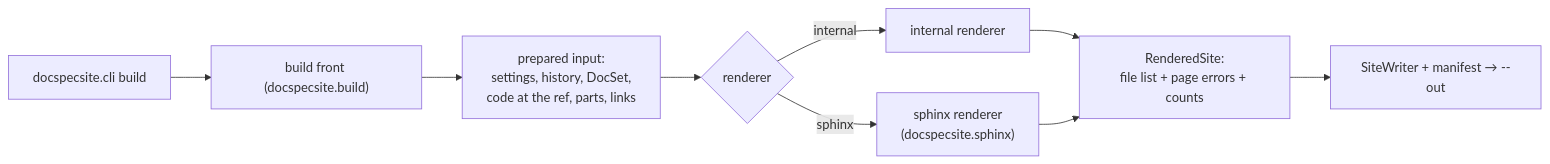
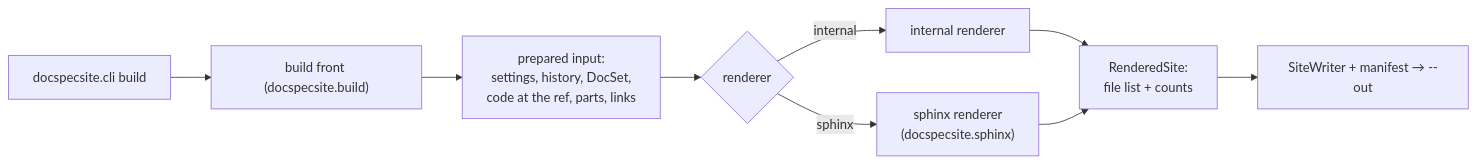
Before and after one commit to imposeren/docspecsite: the diagram in docs/architecture/site.md, drawn with Mermaid. The commit also changed other lines of this file and 17 other files, not shown here.

````diff
--- a/docs/architecture/site.md
+++ b/docs/architecture/site.md
@@ -37,11 +37,11 @@
 ```mermaid
 flowchart LR
   cli["docspecsite.cli build"] --> front["build front (docspecsite.build)"]
   front --> input["prepared input:<br/>settings, history, DocSet,<br/>code at the ref, parts, links"]
   input --> choice{"renderer"}
   choice -- internal --> internal["internal renderer"]
   choice -- sphinx --> sphinx["sphinx renderer<br/>(docspecsite.sphinx)"]
-  internal --> out["RenderedSite:<br/>file list + page errors + counts"]
+  internal --> out["RenderedSite:<br/>file list + counts"]
   sphinx --> out
   out --> writer["SiteWriter + manifest → --out"]
 ```
````
